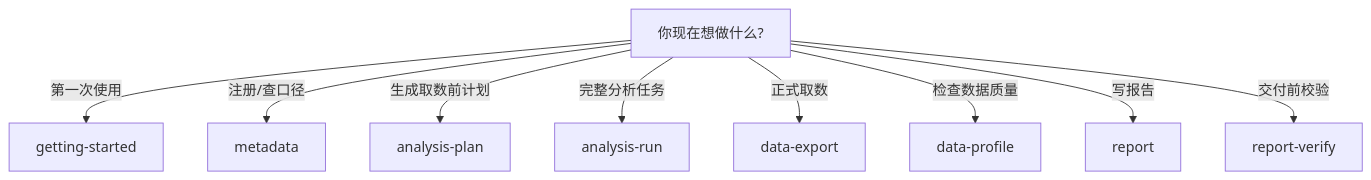
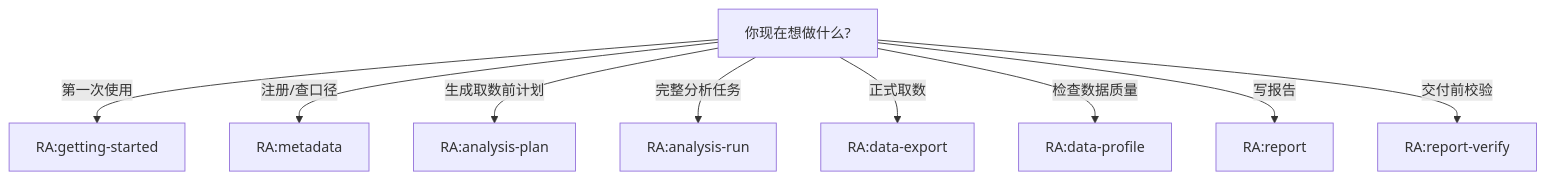
Before and after one commit to dabaige53/RealAnalyst: the second of 2 diagrams in skills/README.md, drawn with Mermaid. The commit also changed other lines of this file and 49 other files, not shown here.

````diff
--- a/skills/README.md
+++ b/skills/README.md
@@ -43,12 +43,12 @@
 ```mermaid
 flowchart TD
     Q[你现在想做什么?]
-    Q -->|第一次使用| GS[getting-started]
-    Q -->|注册/查口径| M[metadata]
-    Q -->|生成取数前计划| AP[analysis-plan]
-    Q -->|完整分析任务| AR[analysis-run]
-    Q -->|正式取数| EX[data-export]
-    Q -->|检查数据质量| DP[data-profile]
-    Q -->|写报告| R[report]
-    Q -->|交付前校验| RV[report-verify]
+    Q -->|第一次使用| GS[RA:getting-started]
+    Q -->|注册/查口径| M[RA:metadata]
+    Q -->|生成取数前计划| AP[RA:analysis-plan]
+    Q -->|完整分析任务| AR[RA:analysis-run]
+    Q -->|正式取数| EX[RA:data-export]
+    Q -->|检查数据质量| DP[RA:data-profile]
+    Q -->|写报告| R[RA:report]
+    Q -->|交付前校验| RV[RA:report-verify]
 ```
````
